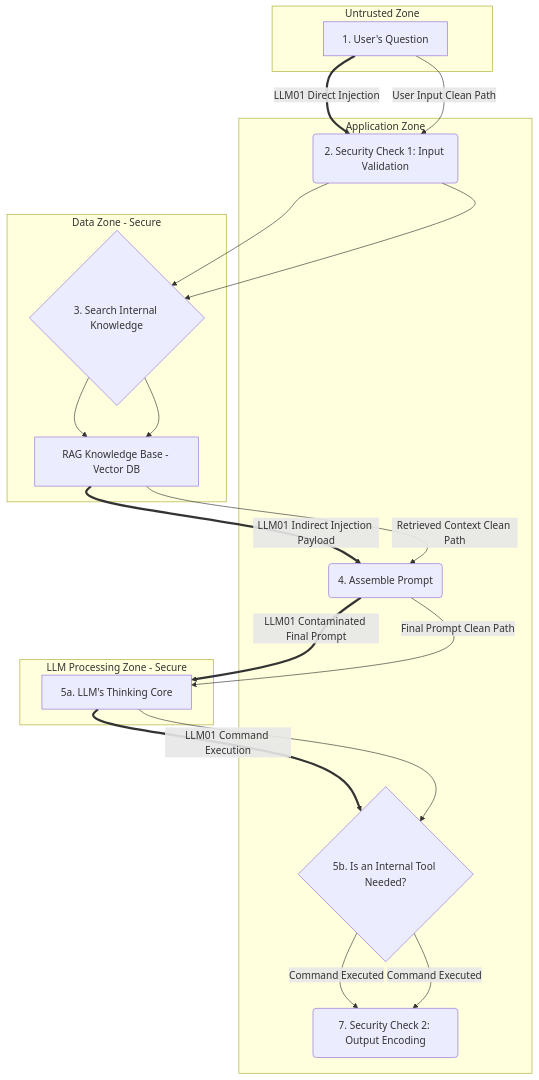
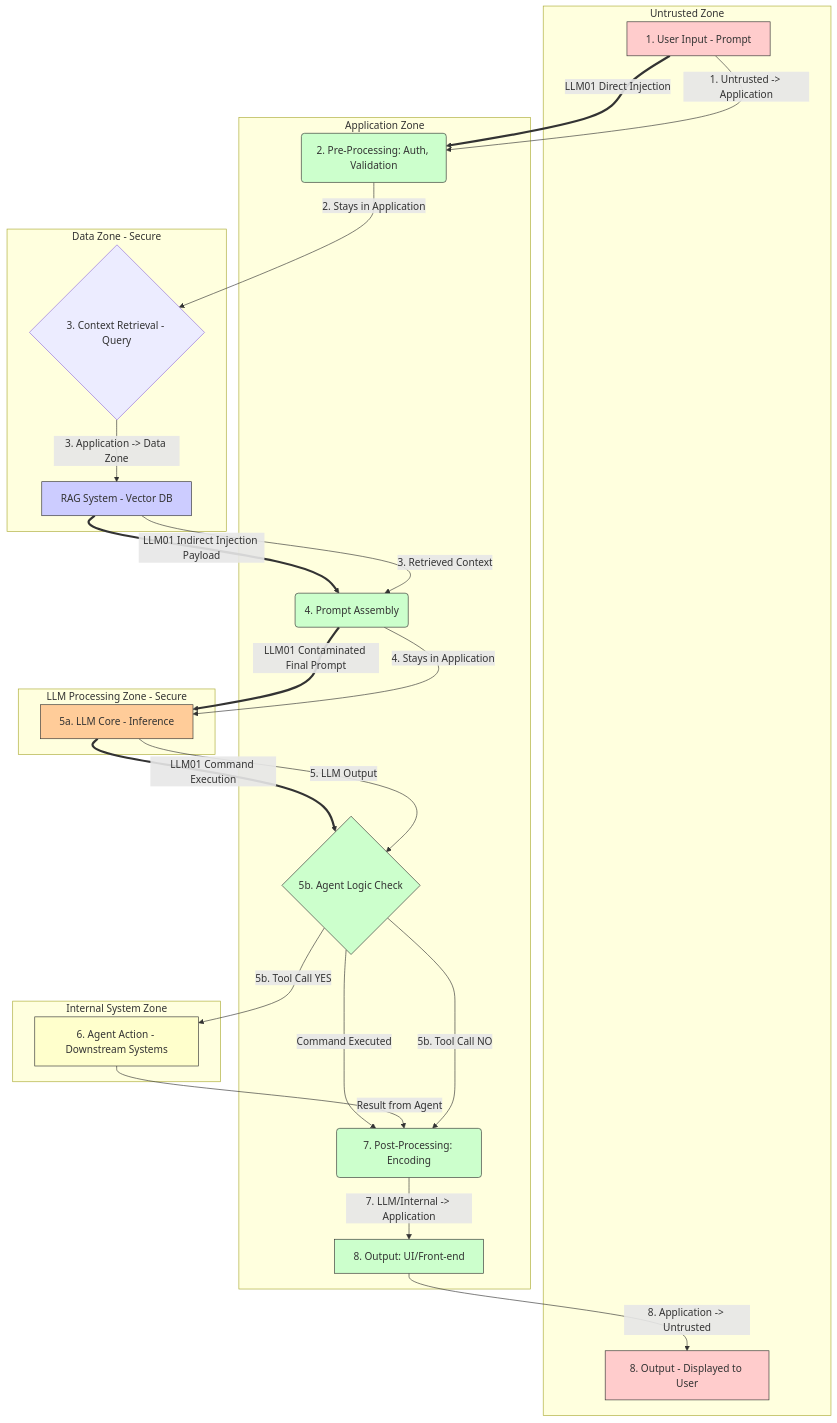
Before and after one commit to I-am-Bradley/LLM-Chatbot-Threat-Model: the first of 2 diagrams in Threat Analysis/T01_PROMPT_INJECTION_LLM01.md, drawn with Mermaid. The commit also changed other lines of this file, not shown here.

````diff
--- a/Threat Analysis/T01_PROMPT_INJECTION_LLM01.md
+++ b/Threat Analysis/T01_PROMPT_INJECTION_LLM01.md
@@ -23,48 +23,61 @@
 ```mermaid
 graph TD
     %% ------------------- Define Zones -------------------
     subgraph Untrusted Zone
-        A[1. User's Question]
+        A[1. User Input - Prompt]
+        L[8. Output - Displayed to User]
     end
     
     subgraph Application Zone
-        B(2. Security Check 1: Input Validation)
-        F(4. Assemble Prompt)
-        H{5b. Is an Internal Tool Needed?}
-        J(7. Security Check 2: Output Encoding)
+        B(2. Pre-Processing: Auth, Validation)
+        F(4. Prompt Assembly)
+        H{5b. Agent Logic Check}
+        J(7. Post-Processing: Encoding)
+        K[8. Output: UI/Front-end]
     end
     
     subgraph Data Zone - Secure
-        D{3. Search Internal Knowledge}
-        E[RAG Knowledge Base - Vector DB]
+        D{3. Context Retrieval - Query}
+        E[RAG System - Vector DB]
     end
 
     subgraph LLM Processing Zone - Secure
-        G[5a. LLM's Thinking Core]
+        G[5a. LLM Core - Inference]
     end
 
-    %% ------------------- Define Attack Flow (Bold Lines - The "Red" Lines) -------------------
-    
+    subgraph Internal System Zone
+        I[6. Agent Action - Downstream Systems]
+    end
+
+    %% ------------------- Define Attack Flow (Bold Lines) -------------------
     A ==>|LLM01 Direct Injection| B;
-    
-    B --> D;
-    
-    D --> E;
     E ==>|LLM01 Indirect Injection Payload| F;
-    
     F ==>|LLM01 Contaminated Final Prompt| G;
-    
     G ==>|LLM01 Command Execution| H;
-    
     H -- Command Executed --> J;
-    
+
     %% ------------------- Define Clean Data Flow (Solid Lines) -------------------
-    
-    A -->|User Input Clean Path| B;
-    B --> D;
-    D --> E;
-    E -->|Retrieved Context Clean Path| F;
-    F -->|Final Prompt Clean Path| G;
-    G --> H;
-    H -- Command Executed --> J;
+    A -->|1. Untrusted -> Application| B;
+    B -->|2. Stays in Application| D;
+    D -->|3. Application -> Data Zone| E;
+    E -->|3. Retrieved Context| F;
+    F -->|4. Stays in Application| G;
+    G -->|5. LLM Output| H;
+    H -- 5b. Tool Call YES --> I;
+    I -->|Result from Agent| J;
+    H -- 5b. Tool Call NO --> J;
+    J -->|7. LLM/Internal -> Application| K;
+    K -->|8. Application -> Untrusted| L;
+
+    %% Add clear boundary markers for context (Original DFD Styles)
+    style A fill:#FFCCCC,stroke:#333
+    style L fill:#FFCCCC,stroke:#333
+    style B fill:#CCFFCC,stroke:#333
+    style F fill:#CCFFCC,stroke:#333
+    style H fill:#CCFFCC,stroke:#333
+    style J fill:#CCFFCC,stroke:#333
+    style K fill:#CCFFCC,stroke:#333
+    style E fill:#CCCCFF,stroke:#333
+    style G fill:#FFCC99,stroke:#333
+    style I fill:#FFFFCC,stroke:#333
 ```
````
